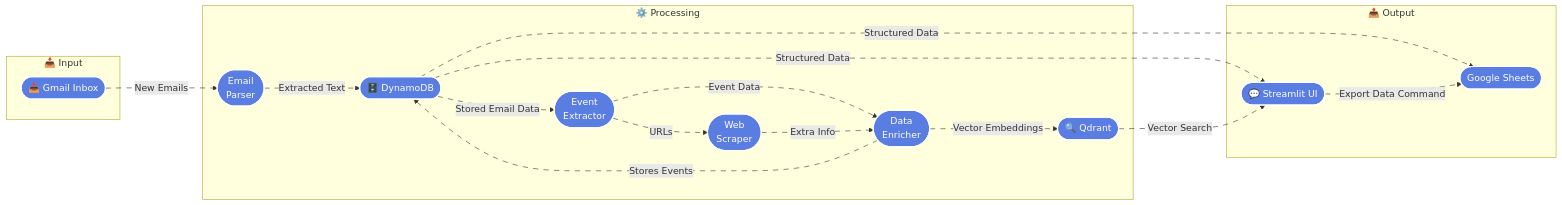
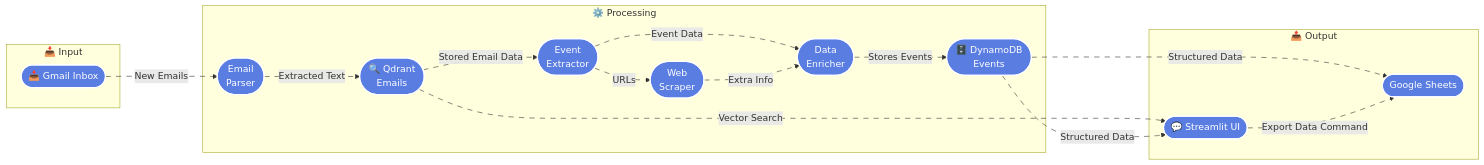
The diagram in README.md (lauren-cordova/event-agent), drawn with Mermaid before and after one commit. The commit also changed other lines of this file and 5 other files, not shown here.

````diff
--- a/README.md
+++ b/README.md
@@ -17,45 +17,44 @@
 ```mermaid
 graph LR
     subgraph Input [📥 Input]
         G([📥 Gmail Inbox])
     end
 
     subgraph Processing [⚙️ Processing]
         E([Email<br>Parser])
         X([Event<br>Extractor])
         W([Web<br>Scraper])
         D([Data<br>Enricher])
-        DB([🗄️ DynamoDB])
-        Q([🔍 Qdrant])
+        DB([🗄️ DynamoDB<br>Events])
+        Q([🔍 Qdrant<br>Emails])
     end
 
     subgraph Output [📤 Output]
         UI([💬 Streamlit UI])
         GS([Google Sheets])
     end
 
     G -->|New Emails| E
-    E -->|Extracted Text| DB
-    DB -->|Stored Email Data| X
+    E -->|Extracted Text| Q
+    Q -->|Stored Email Data| X
     X -->|Event Data| D
     X -->|URLs| W
     W -->|Extra Info| D
     D -->|Stores Events| DB
-    D -->|Vector Embeddings| Q
+    Q -->|Vector Search| UI
     DB -->|Structured Data| UI
     DB -->|Structured Data| GS
-    Q -->|Vector Search| UI
     UI -->|Export Data Command| GS
 
     style G fill:#5a7de2,stroke:#fff,stroke-width:2px,color:#fff
     style E fill:#5a7de2,stroke:#fff,stroke-width:2px,color:#fff
     style X fill:#5a7de2,stroke:#fff,stroke-width:2px,color:#fff
     style W fill:#5a7de2,stroke:#fff,stroke-width:2px,color:#fff
     style D fill:#5a7de2,stroke:#fff,stroke-width:2px,color:#fff
     style UI fill:#5a7de2,stroke:#fff,stroke-width:2px,color:#fff
     style DB fill:#5a7de2,stroke:#fff,stroke-width:2px,color:#fff
     style GS fill:#5a7de2,stroke:#fff,stroke-width:2px,color:#fff
     style Q fill:#5a7de2,stroke:#fff,stroke-width:2px,color:#fff
 
     linkStyle default stroke-dasharray: 9,5,stroke-dashoffset: 900,animation: dash 25s linear infinite;
 ```
````
